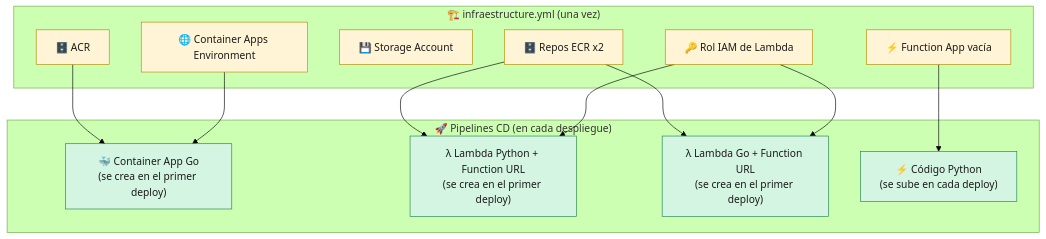
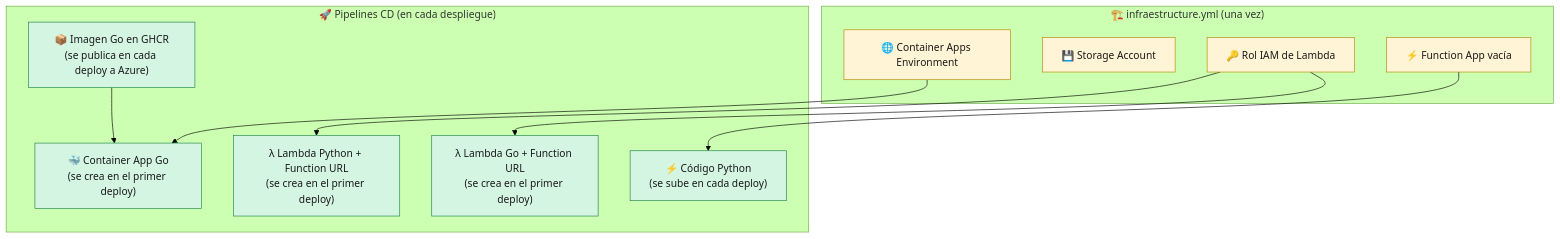
One commit to yembertQC/Reto_Platform-Enginner_ED-Team changed the second of 4 diagrams in doc/06-Infraestructura.md. Above: the diagram before and after it, drawn with Mermaid (forest theme). The commit also changed other lines of this file and 28 other files, not shown here.

````diff
--- a/doc/06-Infraestructura.md
+++ b/doc/06-Infraestructura.md
@@ -43,29 +43,27 @@
 ```mermaid
 flowchart TB
     subgraph INFRA["🏗️ infraestructure.yml (una vez)"]
-        I1["🗄️ ACR"]
         I2["🌐 Container Apps Environment"]
         I3["💾 Storage Account"]
         I4["⚡ Function App vacía"]
-        I5["🗄️ Repos ECR x2"]
         I6["🔑 Rol IAM de Lambda"]
     end
 
     subgraph CD["🚀 Pipelines CD (en cada despliegue)"]
+        G1["📦 Imagen Go en GHCR<br/>(se publica en cada deploy a Azure)"]
         C1["🐳 Container App Go<br/>(se crea en el primer deploy)"]
         C2["λ Lambda Python + Function URL<br/>(se crea en el primer deploy)"]
         C3["λ Lambda Go + Function URL<br/>(se crea en el primer deploy)"]
         C4["⚡ Código Python<br/>(se sube en cada deploy)"]
     end
 
-    I1 --> C1
+    G1 --> C1
     I2 --> C1
     I4 --> C4
-    I5 --> C2 & C3
     I6 --> C2 & C3
 
     classDef infra fill:#FFF5D6,stroke:#B58900,color:#1a1a1a
     classDef cd fill:#D5F5E3,stroke:#1E8449,color:#1a1a1a
-    class I1,I2,I3,I4,I5,I6 infra
-    class C1,C2,C3,C4 cd
+    class I2,I3,I4,I6 infra
+    class G1,C1,C2,C3,C4 cd
 ```
````
